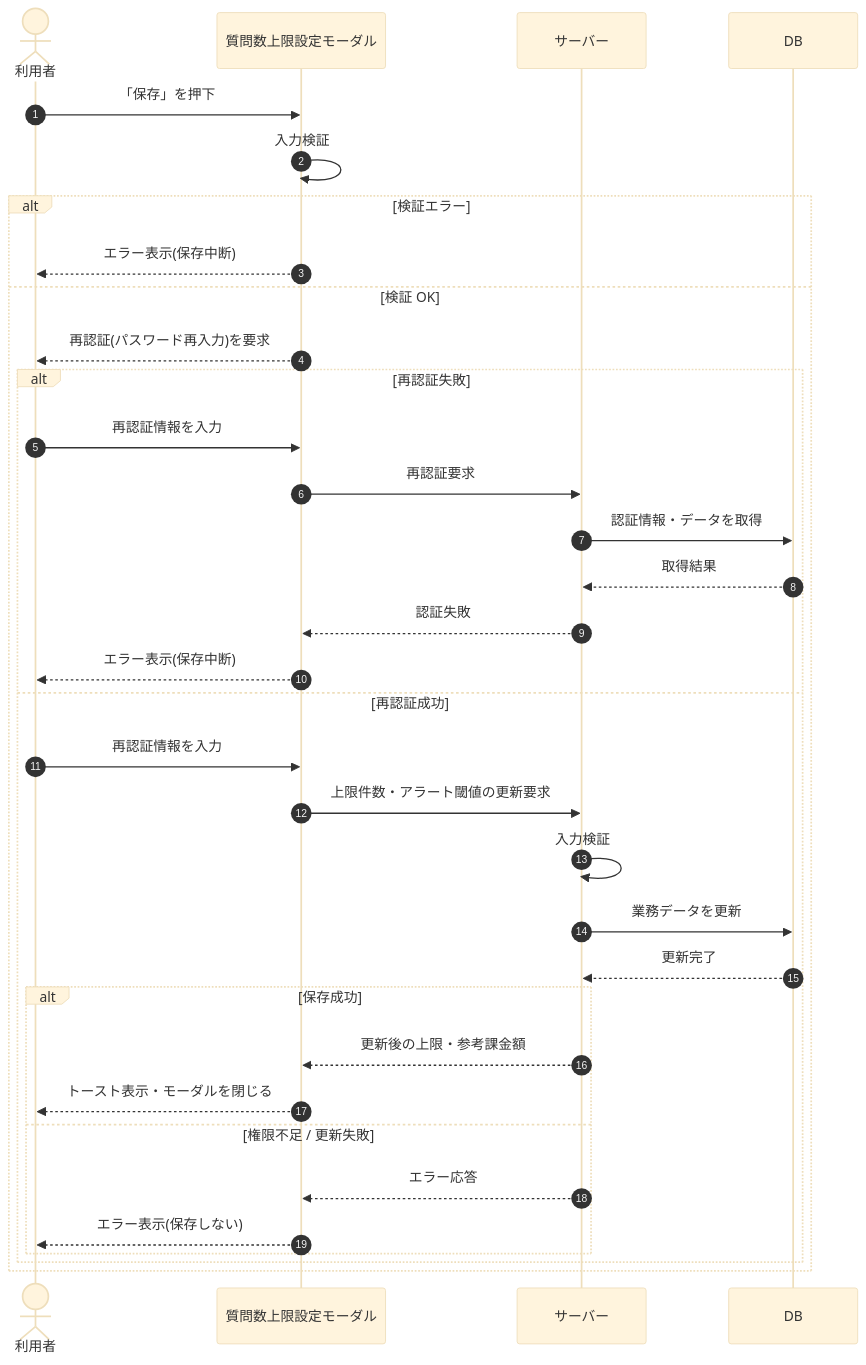
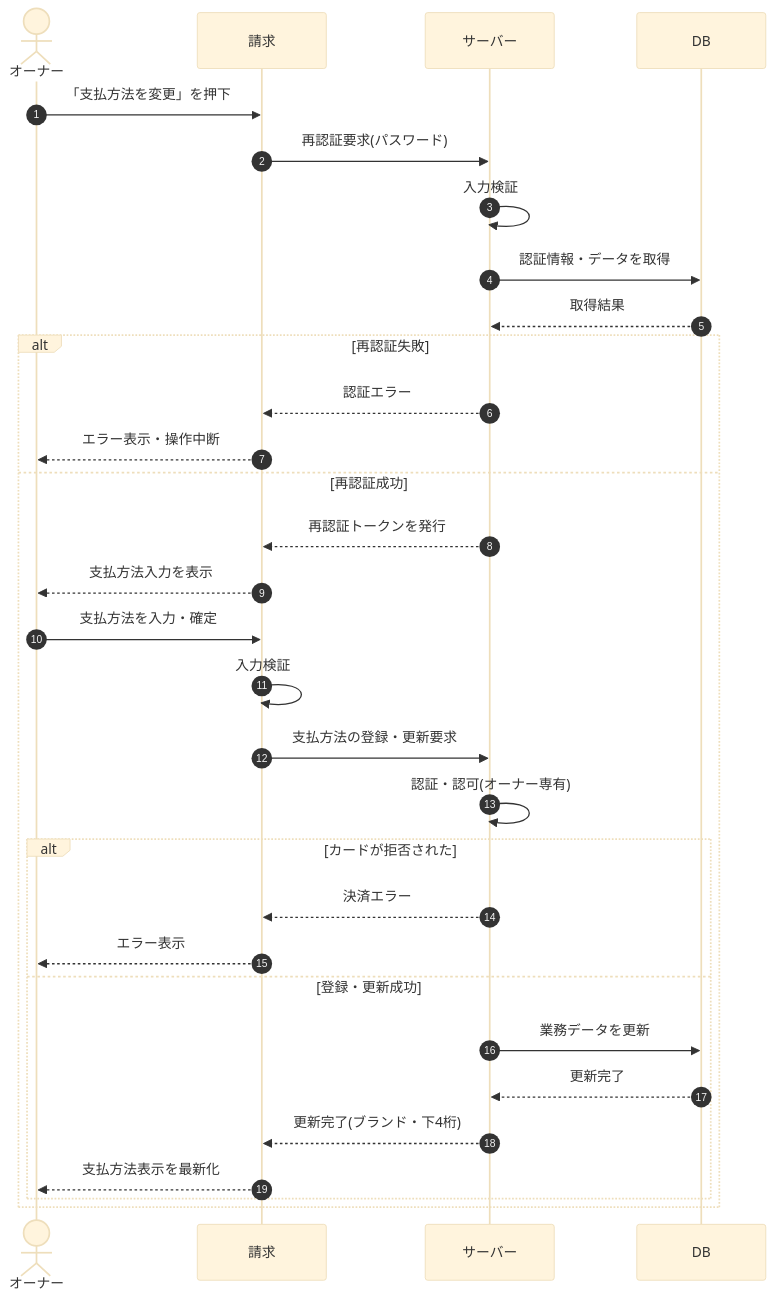
Before and after one commit to sikakou54/open-faq: the diagram in 02_basic_design/03_sequences/SEQ-080.md, drawn with Mermaid (base theme). The commit also changed other lines of this file and 395 other files, not shown here.

````diff
--- a/02_basic_design/03_sequences/SEQ-080.md
+++ b/02_basic_design/03_sequences/SEQ-080.md
@@ -25,36 +25,33 @@
 ```mermaid
 sequenceDiagram
   autonumber
-  actor U as 利用者
-  participant Screen as 質問数上限設定モーダル
+  actor U as オーナー
+  participant Screen as 請求
   participant Server as サーバー
   participant DB as DB
-  U->>Screen: 「保存」を押下
-  Screen->>Screen: 入力検証
-  alt 検証エラー
-    Screen-->>U: エラー表示(保存中断)
-  else 検証 OK
-    Screen-->>U: 再認証(パスワード再入力)を要求
-    alt 再認証失敗
-      U->>Screen: 再認証情報を入力
-      Screen->>Server: 再認証要求
-      Server->>DB: 認証情報・データを取得
-      DB-->>Server: 取得結果
-      Server-->>Screen: 認証失敗
-      Screen-->>U: エラー表示(保存中断)
-    else 再認証成功
-      U->>Screen: 再認証情報を入力
-      Screen->>Server: 上限件数・アラート閾値の更新要求
-      Server->>Server: 入力検証
+  U->>Screen: 「支払方法を変更」を押下
+  Screen->>Server: 再認証要求(パスワード)
+  Server->>Server: 入力検証
+  Server->>DB: 認証情報・データを取得
+  DB-->>Server: 取得結果
+  alt 再認証失敗
+    Server-->>Screen: 認証エラー
+    Screen-->>U: エラー表示・操作中断
+  else 再認証成功
+    Server-->>Screen: 再認証トークンを発行
+    Screen-->>U: 支払方法入力を表示
+    U->>Screen: 支払方法を入力・確定
+    Screen->>Screen: 入力検証
+    Screen->>Server: 支払方法の登録・更新要求
+    Server->>Server: 認証・認可(オーナー専有)
+    alt カードが拒否された
+      Server-->>Screen: 決済エラー
+      Screen-->>U: エラー表示
+    else 登録・更新成功
       Server->>DB: 業務データを更新
       DB-->>Server: 更新完了
-      alt 保存成功
-        Server-->>Screen: 更新後の上限・参考課金額
-        Screen-->>U: トースト表示・モーダルを閉じる
-      else 権限不足 / 更新失敗
-        Server-->>Screen: エラー応答
-        Screen-->>U: エラー表示(保存しない)
-      end
+      Server-->>Screen: 更新完了(ブランド・下4桁)
+      Screen-->>U: 支払方法表示を最新化
     end
   end
 ```
````
